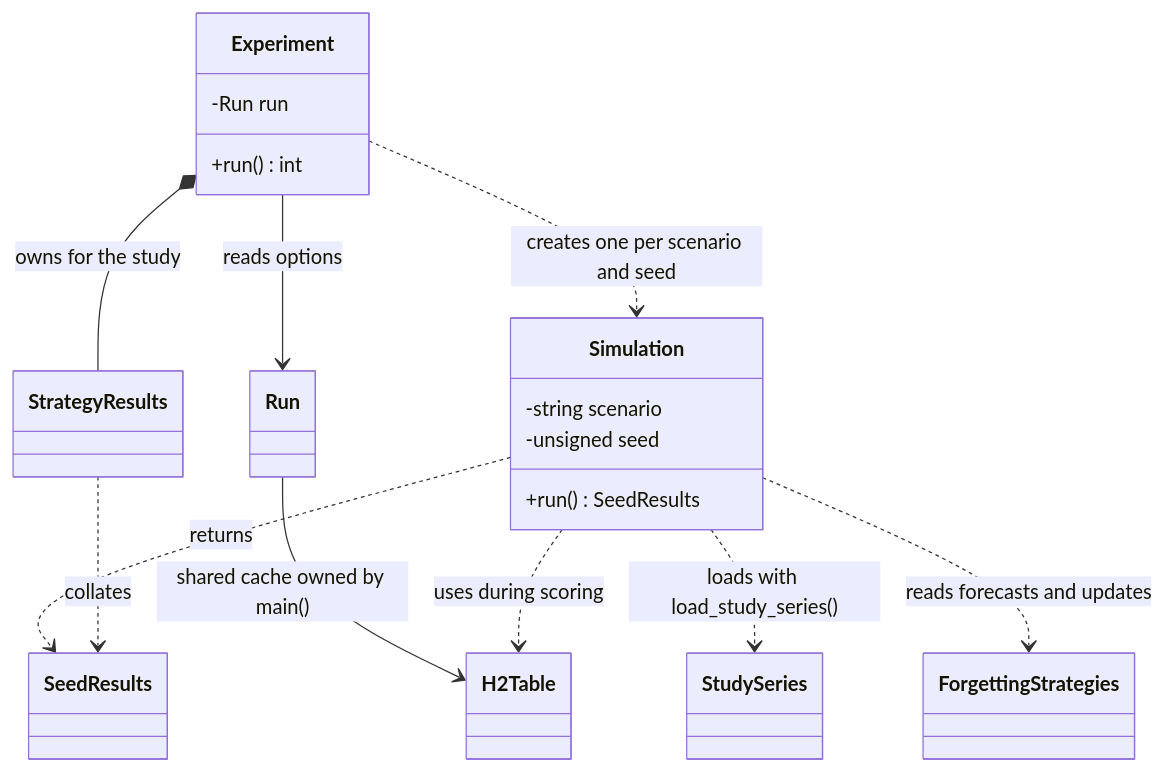
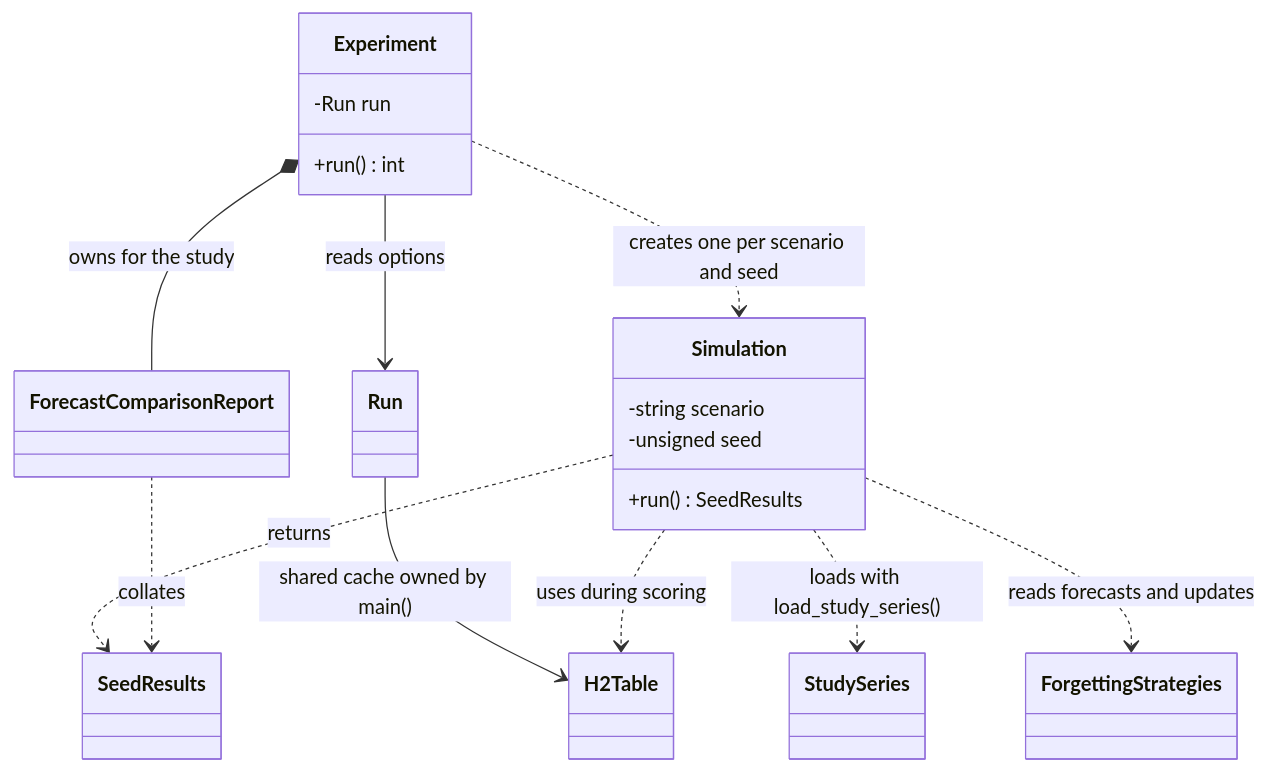
The first of 2 diagrams in experiments/docs/design/simulation.md (sallyysun/datastreamer), drawn with Mermaid before and after one commit. The commit also changed other lines of this file and 16 other files, not shown here.

````diff
--- a/experiments/docs/design/simulation.md
+++ b/experiments/docs/design/simulation.md
@@ -68,28 +68,28 @@
 ```mermaid
 classDiagram
     class Experiment {
         -Run run
         +run() int
     }
     class Run
     class Simulation {
         -string scenario
         -unsigned seed
         +run() SeedResults
     }
     class SeedResults
-    class StrategyResults
+    class ForecastComparisonReport
     class StudySeries
     class ForgettingStrategies
     class H2Table
 
-    Experiment *-- StrategyResults : owns for the study
+    Experiment *-- ForecastComparisonReport : owns for the study
     Experiment --> Run : reads options
     Run --> H2Table : shared cache owned by main()
     Experiment ..> Simulation : creates one per scenario and seed
     Simulation ..> StudySeries : loads with load_study_series()
     Simulation ..> ForgettingStrategies : reads forecasts and updates
     Simulation ..> H2Table : uses during scoring
     Simulation ..> SeedResults : returns
-    StrategyResults ..> SeedResults : collates
+    ForecastComparisonReport ..> SeedResults : collates
 ```
````
